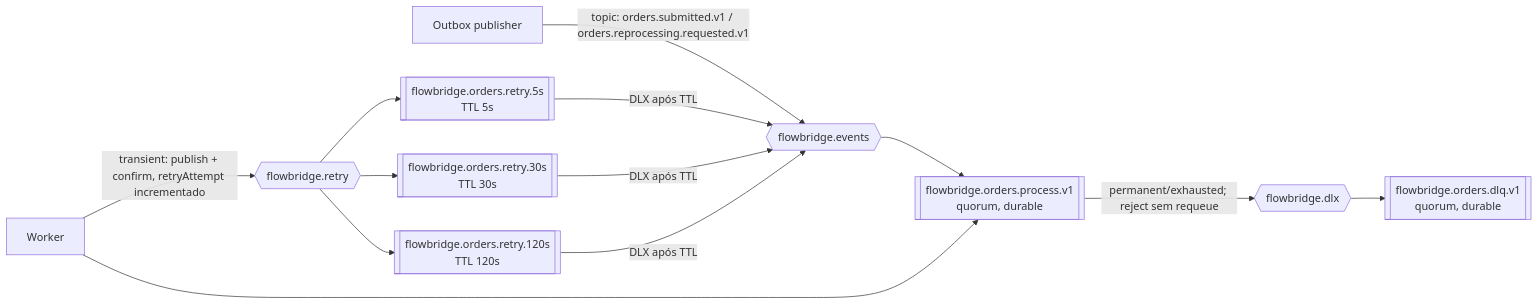
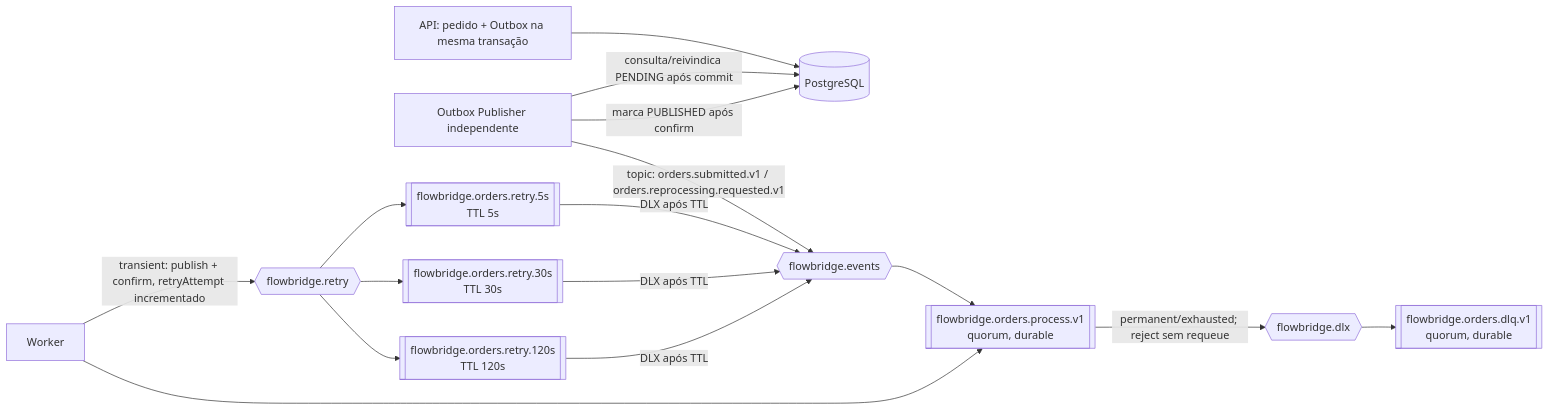
One commit to lorran-camilo/flowbridge changed the diagram in docs/architecture/event-contracts.md. Above: the diagram before and after it, drawn with Mermaid. The commit also changed other lines of this file and 20 other files, not shown here.

First line of the commit message:
docs: finalize FlowBridge Phase 0 documentation

````diff
--- a/docs/architecture/event-contracts.md
+++ b/docs/architecture/event-contracts.md
@@ -51,15 +68,18 @@
 ```mermaid
 flowchart LR
-  P[Outbox publisher] -->|topic: orders.submitted.v1 / orders.reprocessing.requested.v1| E{{flowbridge.events}}
+  API[API: pedido + Outbox na mesma transação] --> PG[(PostgreSQL)]
+  P[Outbox Publisher independente] -->|consulta/reivindica PENDING após commit| PG
+  P -->|topic: orders.submitted.v1 / orders.reprocessing.requested.v1| E{{flowbridge.events}}
+  P -->|marca PUBLISHED após confirm| PG
   E --> Q[[flowbridge.orders.process.v1\nquorum, durable]]
   W[Worker] --> Q
   W -->|transient: publish + confirm, retryAttempt incrementado| RE{{flowbridge.retry}}
   RE --> R1[[flowbridge.orders.retry.5s\nTTL 5s]]
   RE --> R2[[flowbridge.orders.retry.30s\nTTL 30s]]
   RE --> R3[[flowbridge.orders.retry.120s\nTTL 120s]]
   R1 -->|DLX após TTL| E
   R2 -->|DLX após TTL| E
   R3 -->|DLX após TTL| E
   Q -->|permanent/exhausted; reject sem requeue| DE{{flowbridge.dlx}}
   DE --> DQ[[flowbridge.orders.dlq.v1\nquorum, durable]]
 ```
````
